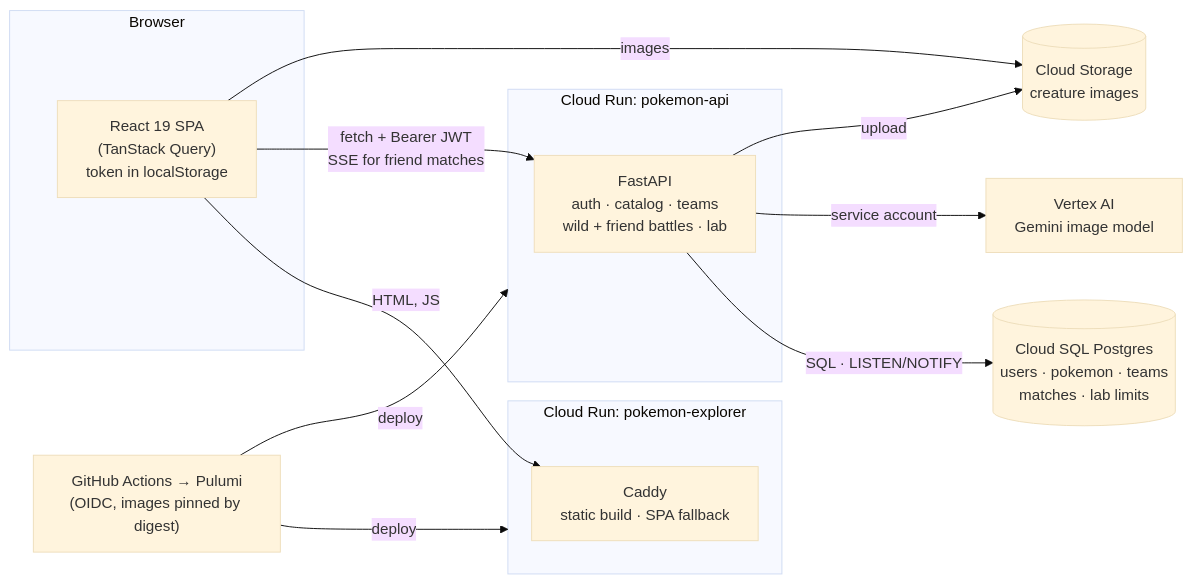
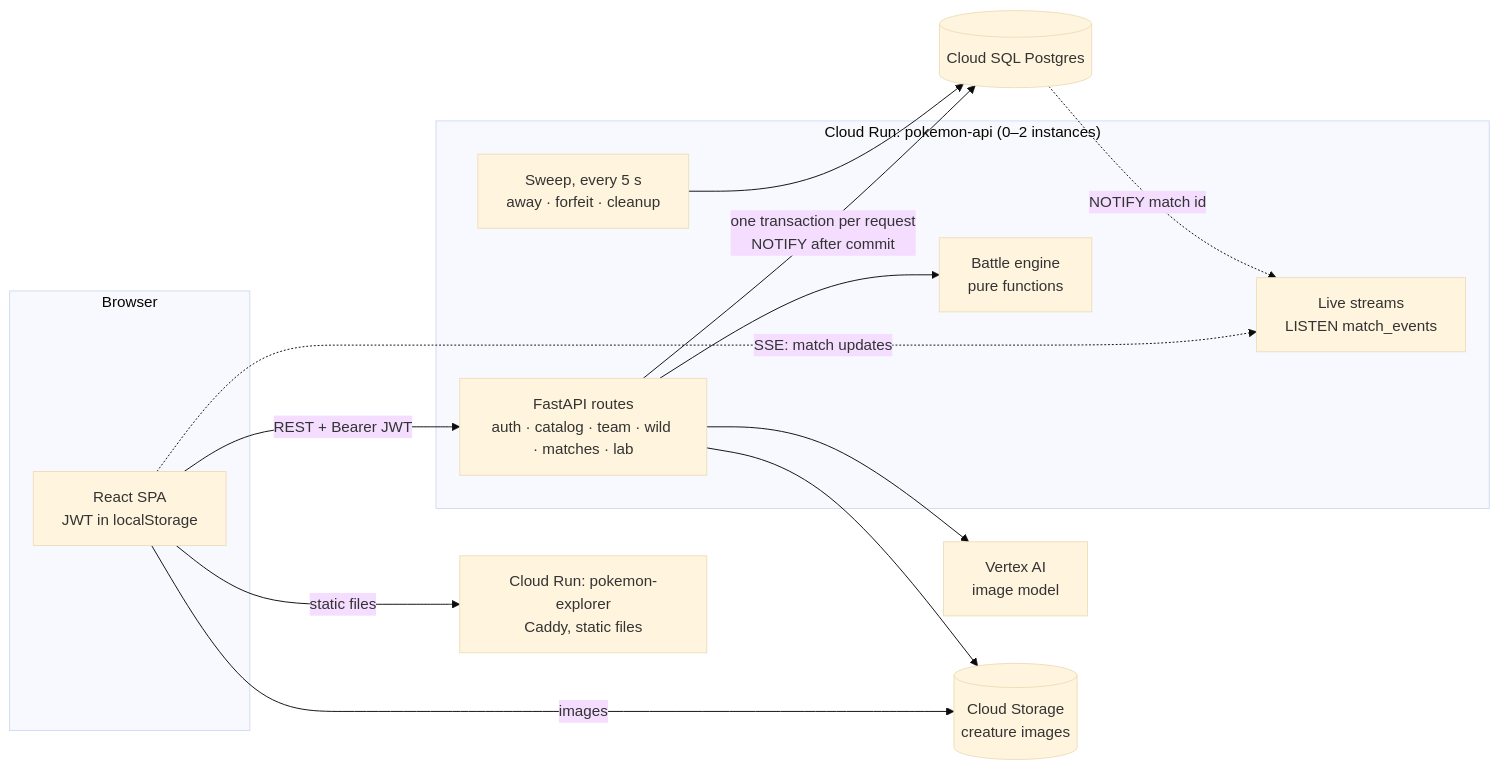
One commit to drewAnderson-val/pokemon-explorer changed the first of 3 diagrams in README.md. Above: the diagram before and after it, drawn with Mermaid (base theme). The commit also changed other lines of this file and 1 other file, not shown here.

First line of the commit message:
README: the backend, answering FINNY's multi-tenant battle question

````diff
--- a/README.md
+++ b/README.md
@@ -44,28 +34,30 @@
 ```mermaid
 flowchart LR
   subgraph Browser
-    SPA["React 19 SPA<br/>(TanStack Query)<br/>token in localStorage"]
+    SPA["React SPA<br/>JWT in localStorage"]
   end
 
-  subgraph Web["Cloud Run: pokemon-explorer"]
-    Caddy["Caddy<br/>static build · SPA fallback"]
+  Web["Cloud Run: pokemon-explorer<br/>Caddy, static files"]
+
+  subgraph Api["Cloud Run: pokemon-api (0–2 instances)"]
+    Routes["FastAPI routes<br/>auth · catalog · team · wild · matches · lab"]
+    Engine["Battle engine<br/>pure functions"]
+    Live["Live streams<br/>LISTEN match_events"]
+    Sweep["Sweep, every 5 s<br/>away · forfeit · cleanup"]
+    Routes --> Engine
   end
 
-  subgraph Api["Cloud Run: pokemon-api"]
-    FastAPI["FastAPI<br/>auth · catalog · teams<br/>wild + friend battles · lab"]
-  end
-
-  DB[("Cloud SQL Postgres<br/>users · pokemon · teams<br/>matches · lab limits")]
-  Vertex["Vertex AI<br/>Gemini image model"]
+  DB[("Cloud SQL Postgres")]
+  Vertex["Vertex AI<br/>image model"]
   Bucket[("Cloud Storage<br/>creature images")]
 
-  SPA -->|"HTML, JS"| Caddy
-  SPA -->|"fetch + Bearer JWT<br/>SSE for friend matches"| FastAPI
-  FastAPI -->|"SQL · LISTEN/NOTIFY"| DB
-  FastAPI -->|"service account"| Vertex
-  FastAPI -->|"upload"| Bucket
+  SPA -->|"static files"| Web
+  SPA -->|"REST + Bearer JWT"| Routes
+  SPA -.->|"SSE: match updates"| Live
+  Routes -->|"one transaction per request<br/>NOTIFY after commit"| DB
+  DB -.->|"NOTIFY match id"| Live
+  Sweep --> DB
+  Routes --> Vertex
+  Routes --> Bucket
   SPA -->|"images"| Bucket
-
-  GH["GitHub Actions → Pulumi<br/>(OIDC, images pinned by digest)"] -->|"deploy"| Web
-  GH -->|"deploy"| Api
 ```
````
